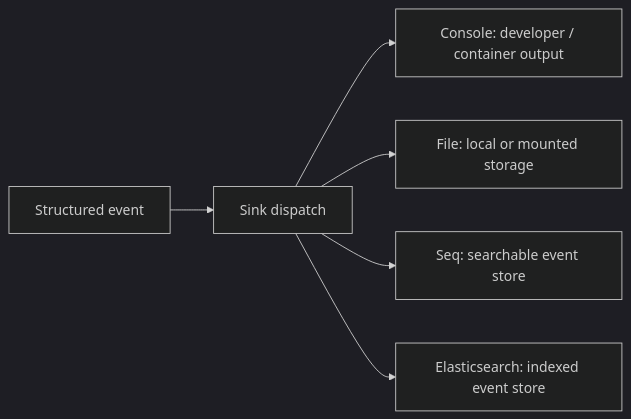
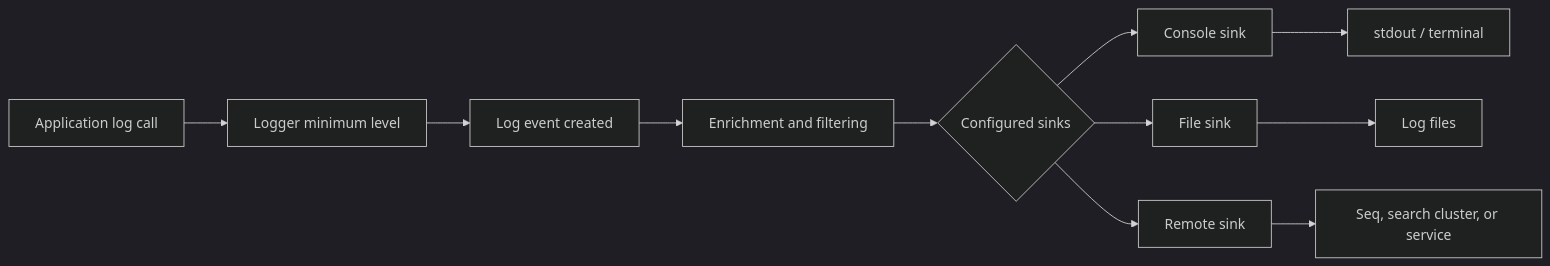
The diagram in docs/sinks/overview.md (mohamedabdelaty-98/SerilogDocumentation), drawn with Mermaid (dark theme) before and after one commit. The commit also changed other lines of this file and 4 other files, not shown here.

````diff
--- a/docs/sinks/overview.md
+++ b/docs/sinks/overview.md
@@ -5,8 +7,13 @@
 ```mermaid
 flowchart LR
-  E[Structured event] --> D[Sink dispatch]
-  D --> C[Console: developer / container output]
-  D --> F[File: local or mounted storage]
-  D --> Q[Seq: searchable event store]
-  D --> X[Elasticsearch: indexed event store]
+  A[Application log call] --> B[Logger minimum level]
+  B --> C[Log event created]
+  C --> D[Enrichment and filtering]
+  D --> E{Configured sinks}
+  E --> F[Console sink]
+  E --> G[File sink]
+  E --> H[Remote sink]
+  F --> I[stdout / terminal]
+  G --> J[Log files]
+  H --> K[Seq, search cluster, or service]
 ```
````
